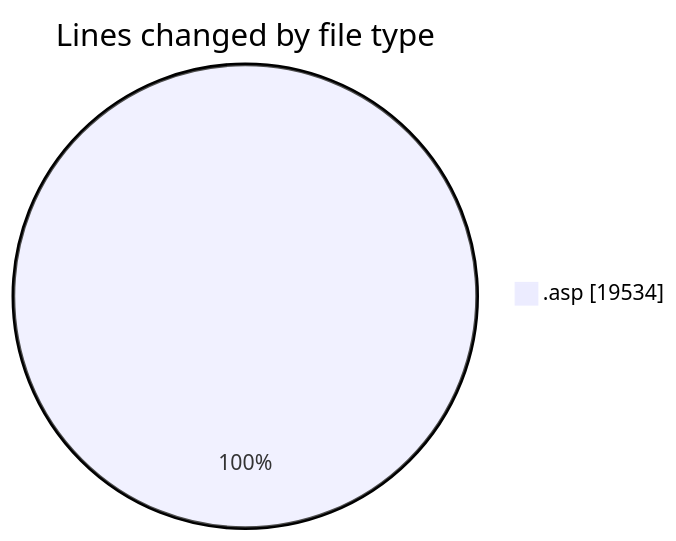
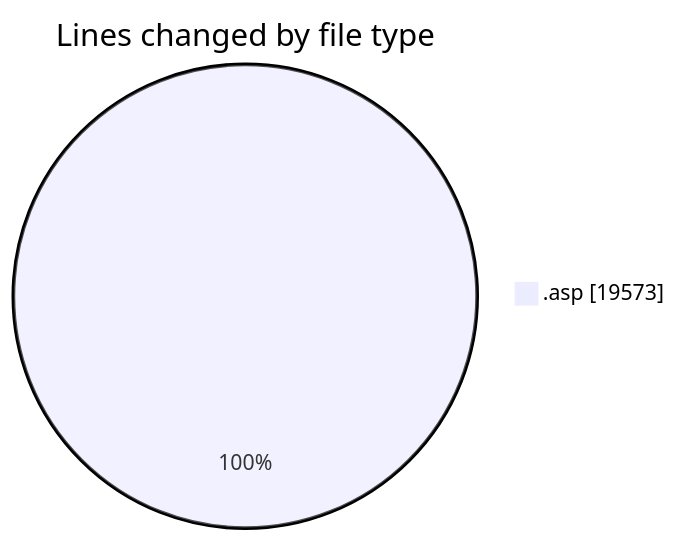
The first of 2 diagrams in 2025-11-18/cdp_aleoudev_fr__workspace_/README.md (julien-gomy/code-tracking), drawn with Mermaid before and after one commit. The commit also changed other lines of this file and 1 other file, not shown here.

````diff
--- a/2025-11-18/cdp_aleoudev_fr__workspace_/README.md
+++ b/2025-11-18/cdp_aleoudev_fr__workspace_/README.md
@@ -37,5 +37,5 @@
 ```mermaid
 pie showData
 title Lines changed by file type
-".asp" : 19534
+".asp" : 19573
 ```
````
